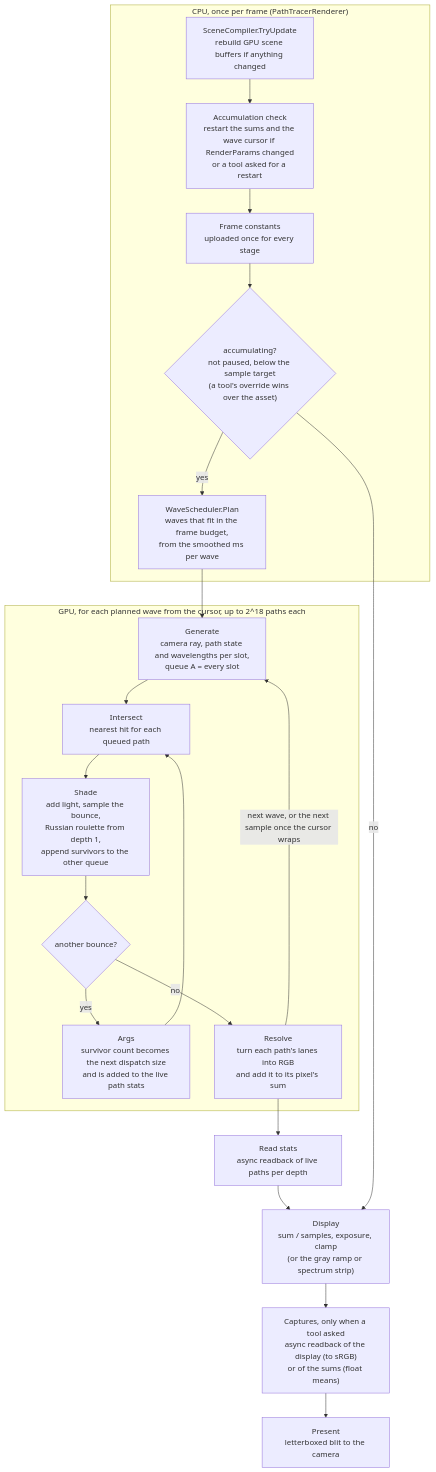
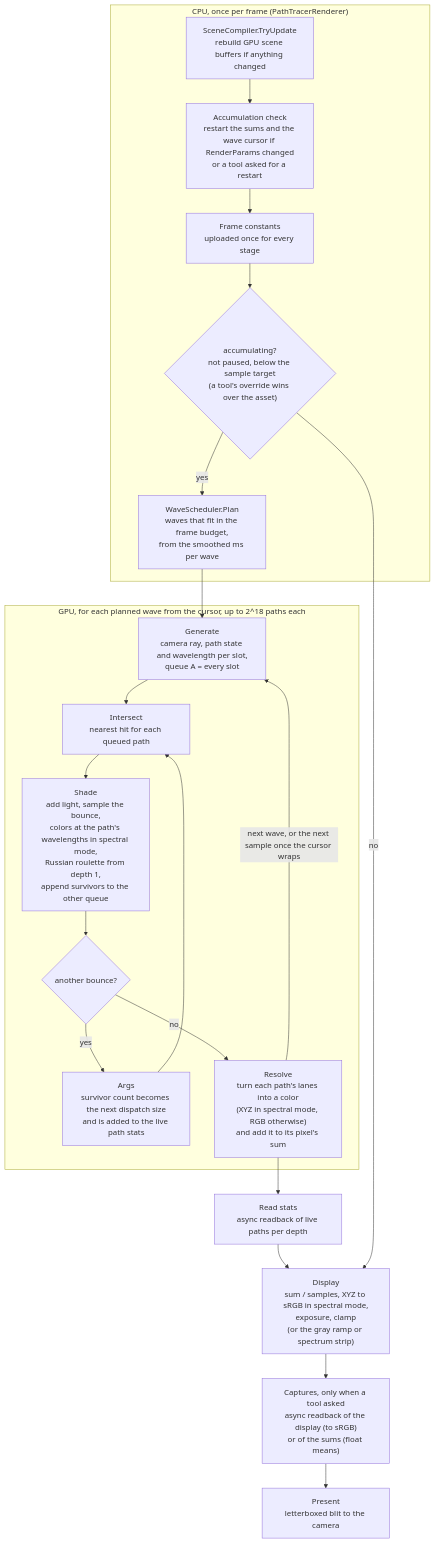
Before and after one commit to Privnoval016/SpectralPathTracer: the diagram in Assets/SpectralPathTracer/Runtime/Rendering/README.md, drawn with Mermaid. The commit also changed other lines of this file and 5 other files, not shown here.

Commit message:
docs: add the cp-26 devlog and a color pipeline README, and bring the other READMEs up to spectral mode

````diff
--- a/Assets/SpectralPathTracer/Runtime/Rendering/README.md
+++ b/Assets/SpectralPathTracer/Runtime/Rendering/README.md
@@ -7,32 +7,32 @@
 ```mermaid
 flowchart TD
     subgraph CPU["CPU, once per frame (PathTracerRenderer)"]
         scene["SceneCompiler.TryUpdate<br/>rebuild GPU scene buffers if anything changed"]
         reset["Accumulation check<br/>restart the sums and the wave cursor if RenderParams changed<br/>or a tool asked for a restart"]
         constants["Frame constants<br/>uploaded once for every stage"]
         decide{"accumulating?<br/>not paused, below the sample target<br/>(a tool's override wins over the asset)"}
         plan["WaveScheduler.Plan<br/>waves that fit in the frame budget,<br/>from the smoothed ms per wave"]
         scene --> reset --> constants --> decide
         decide -- yes --> plan
     end
 
     subgraph WAVE["GPU, for each planned wave from the cursor, up to 2^18 paths each"]
-        gen["Generate<br/>camera ray, path state and wavelengths per slot,<br/>queue A = every slot"]
+        gen["Generate<br/>camera ray, path state and wavelength per slot,<br/>queue A = every slot"]
         isect["Intersect<br/>nearest hit for each queued path"]
-        shade["Shade<br/>add light, sample the bounce,<br/>Russian roulette from depth 1,<br/>append survivors to the other queue"]
+        shade["Shade<br/>add light, sample the bounce,<br/>colors at the path's wavelengths in spectral mode,<br/>Russian roulette from depth 1,<br/>append survivors to the other queue"]
         more{"another bounce?"}
         args["Args<br/>survivor count becomes the next dispatch size<br/>and is added to the live path stats"]
-        resolve["Resolve<br/>turn each path's lanes into RGB<br/>and add it to its pixel's sum"]
+        resolve["Resolve<br/>turn each path's lanes into a color<br/>(XYZ in spectral mode, RGB otherwise)<br/>and add it to its pixel's sum"]
         gen --> isect --> shade --> more
         more -- yes --> args --> isect
         more -- no --> resolve
     end
 
     plan --> gen
     resolve -- "next wave, or the next sample once the cursor wraps" --> gen
     resolve --> readback["Read stats<br/>async readback of live paths per depth"]
     readback --> display
     decide -- no --> display
-    display["Display<br/>sum / samples, exposure, clamp<br/>(or the gray ramp or spectrum strip)"] --> capture["Captures, only when a tool asked<br/>async readback of the display (to sRGB)<br/>or of the sums (float means)"]
+    display["Display<br/>sum / samples, XYZ to sRGB in spectral mode,<br/>exposure, clamp<br/>(or the gray ramp or spectrum strip)"] --> capture["Captures, only when a tool asked<br/>async readback of the display (to sRGB)<br/>or of the sums (float means)"]
     capture --> present["Present<br/>letterboxed blit to the camera"]
 ```
````
